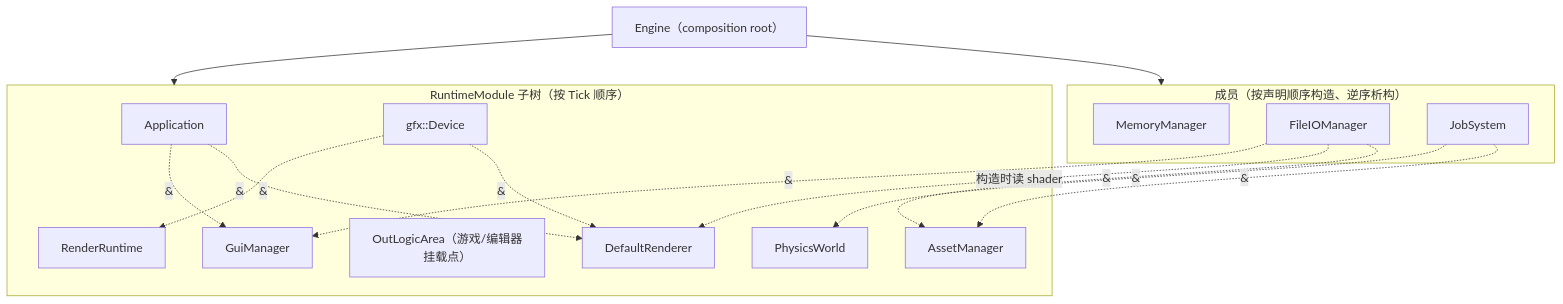
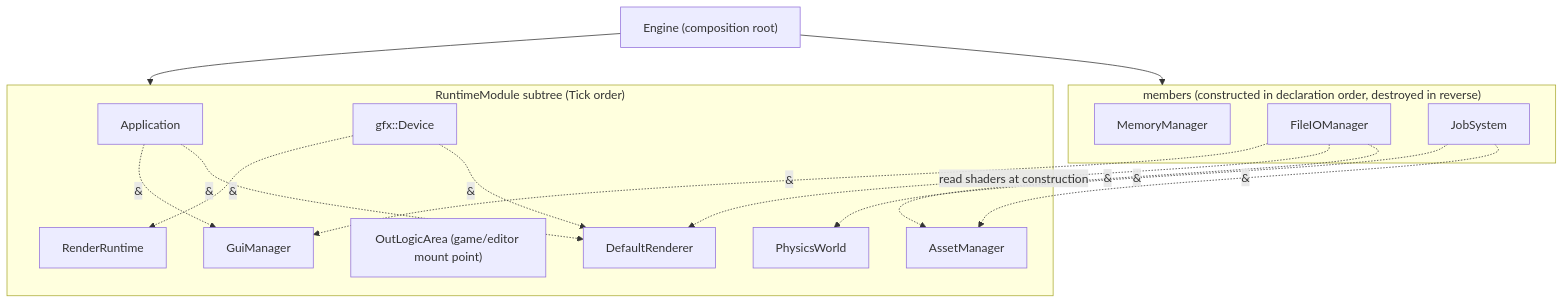
One commit to L-Sun/HitagiEngine changed the third of 4 diagrams in docs/architecture/dependency_injection.md. Above: the diagram before and after it, drawn with Mermaid. The commit also changed other lines of this file and 7 other files, not shown here.

````diff
--- a/docs/architecture/dependency_injection.md
+++ b/docs/architecture/dependency_injection.md
@@ -138,34 +132,34 @@
 ```mermaid
 flowchart TB
-  Engine["Engine（composition root）"]
+  Engine["Engine (composition root)"]
 
-  subgraph Members["成员（按声明顺序构造、逆序析构）"]
+  subgraph Members["members (constructed in declaration order, destroyed in reverse)"]
     Memory["MemoryManager"]
     FileIO["FileIOManager"]
     Jobs["JobSystem"]
   end
 
-  subgraph Tree["RuntimeModule 子树（按 Tick 顺序）"]
+  subgraph Tree["RuntimeModule subtree (Tick order)"]
     App["Application"]
     Device["gfx::Device"]
     Assets["AssetManager"]
     Physics["PhysicsWorld"]
-    OutLogic["OutLogicArea（游戏/编辑器挂载点）"]
+    OutLogic["OutLogicArea (game/editor mount point)"]
     Renderer["DefaultRenderer"]
     Gui["GuiManager"]
     Runtime["RenderRuntime"]
   end
 
   Engine --> Members
   Engine --> Tree
 
   FileIO -.->|"&"| Assets
   Jobs -.->|"&"| Assets
   Jobs -.->|"&"| Physics
-  FileIO -.->|"构造时读 shader"| Renderer
+  FileIO -.->|"read shaders at construction"| Renderer
   FileIO -.->|"&"| Gui
   Device -.->|"&"| Renderer
   Device -.->|"&"| Runtime
   App -.->|"&"| Renderer
   App -.->|"&"| Gui
 ```
````
